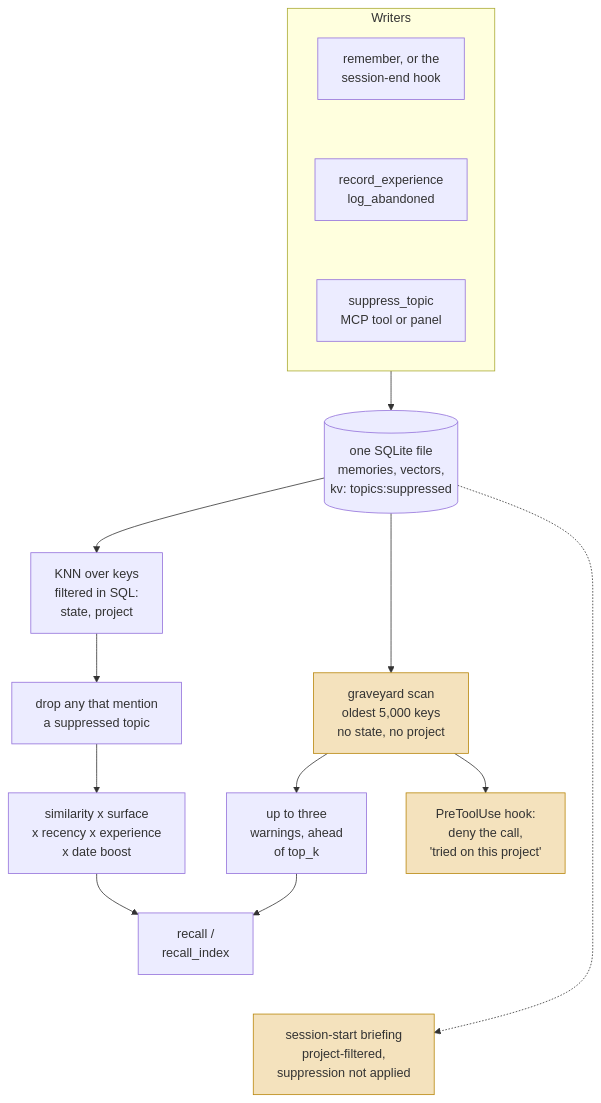
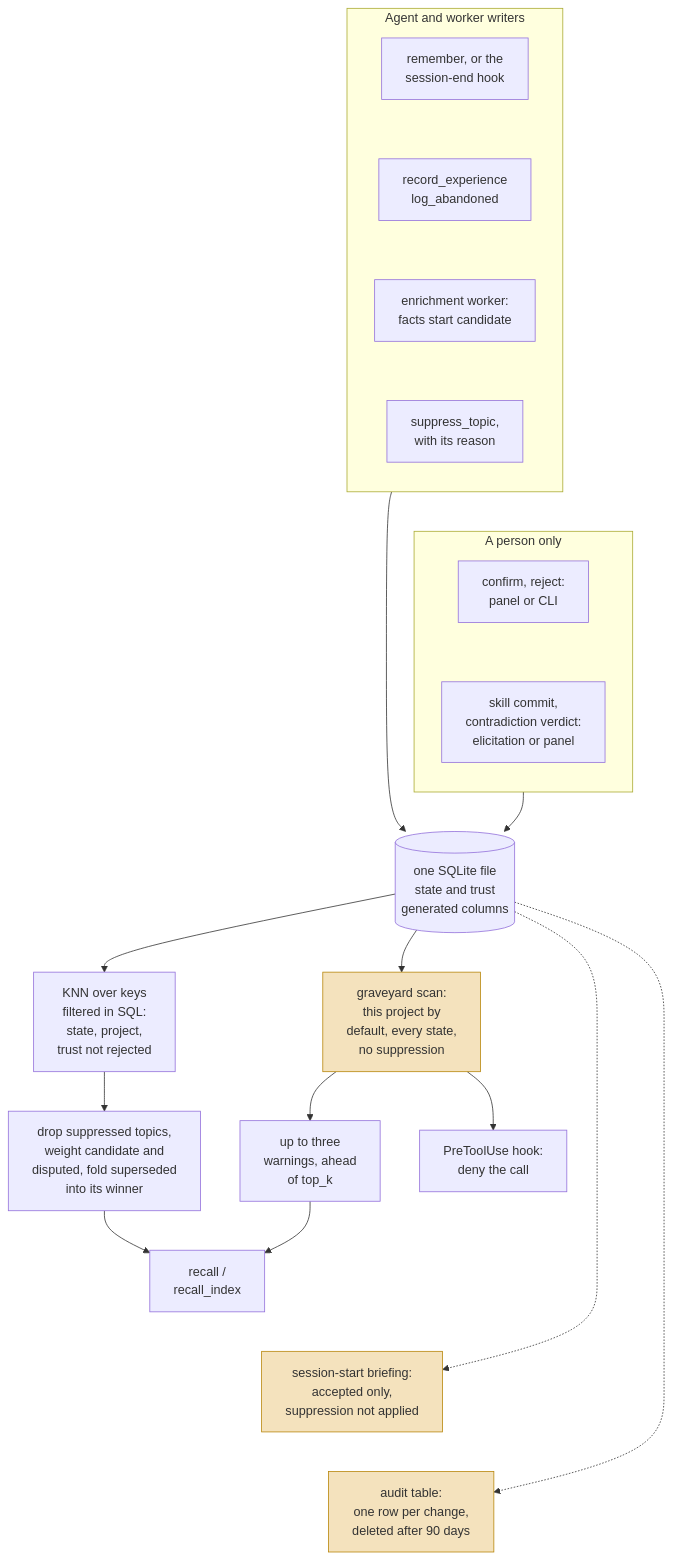
The diagram in content/systems/omnimem.md (neoneye/agent-memory-atlas), drawn with Mermaid before and after one commit. The commit also changed other lines of this file and 25 other files, not shown here.

First line of the commit message:
OmniMem at ae72d64 (7.0.8): trust_state and human_review earned; audit_log withheld on a 90-day prune

````diff
--- a/content/systems/omnimem.md
+++ b/content/systems/omnimem.md
@@ -124,26 +118,36 @@
 ```mermaid
-%% caption: three writers, one SQLite file, and the readers of each record — the recall pipeline filters on state, project and the suppression set, while the graveyard scan behind recall warnings and the pre-tool-use hook filters on none of them
+%% caption: agent writers and person-only writers into one SQLite file, and the readers of each record — recall filters on state, project, trust and the suppression set; the graveyard on project alone; the briefing on project, state and trust but not suppression; and the audit table drops rows after 90 days
 flowchart TD
-    subgraph W["Writers"]
+    subgraph W["Agent and worker writers"]
         direction TB
         REM["remember, or the<br/>session-end hook"]
         EXP["record_experience<br/>log_abandoned"]
-        SUP["suppress_topic<br/>MCP tool or panel"]
-        REM ~~~ EXP ~~~ SUP
+        ENR["enrichment worker:<br/>facts start candidate"]
+        SUP["suppress_topic,<br/>with its reason"]
+        REM ~~~ EXP ~~~ ENR ~~~ SUP
     end
-    W --> DB[("one SQLite file<br/>memories, vectors,<br/>kv: topics:suppressed")]
-    DB --> VS["KNN over keys<br/>filtered in SQL:<br/>state, project"]
-    DB --> GY["graveyard scan<br/>oldest 5,000 keys<br/>no state, no project"]
-    VS --> SF["drop any that mention<br/>a suppressed topic"]
-    SF --> SC["similarity x surface<br/>x recency x experience<br/>x date boost"]
+    subgraph P["A person only"]
+        direction TB
+        TR["confirm, reject:<br/>panel or CLI"]
+        RES["skill commit,<br/>contradiction verdict:<br/>elicitation or panel"]
+        TR ~~~ RES
+    end
+    W ~~~ P
+    W --> DB[("one SQLite file<br/>state and trust<br/>generated columns")]
+    P --> DB
+    DB --> VS["KNN over keys<br/>filtered in SQL:<br/>state, project,<br/>trust not rejected"]
+    DB --> GY["graveyard scan:<br/>this project by<br/>default, every state,<br/>no suppression"]
+    VS --> SF["drop suppressed topics,<br/>weight candidate and<br/>disputed, fold superseded<br/>into its winner"]
     GY --> WARN["up to three<br/>warnings, ahead<br/>of top_k"]
-    WARN --> OUT["recall /<br/>recall_index"]
-    SC --> OUT
-    GY --> HOOK["PreToolUse hook:<br/>deny the call,<br/>'tried on this project'"]
-    OUT ~~~ BR["session-start briefing<br/>project-filtered,<br/>suppression not applied"]
+    SF --> OUT["recall /<br/>recall_index"]
+    WARN --> OUT
+    GY --> HOOK["PreToolUse hook:<br/>deny the call"]
+    OUT ~~~ BR["session-start briefing:<br/>accepted only,<br/>suppression not applied"]
     DB -.-> BR
+    BR ~~~ AU["audit table:<br/>one row per change,<br/>deleted after 90 days"]
+    DB -.-> AU
 
     style GY fill:#f4e2bd,stroke:#b8860b
-    style HOOK fill:#f4e2bd,stroke:#b8860b
     style BR fill:#f4e2bd,stroke:#b8860b
+    style AU fill:#f4e2bd,stroke:#b8860b
 ```
````
